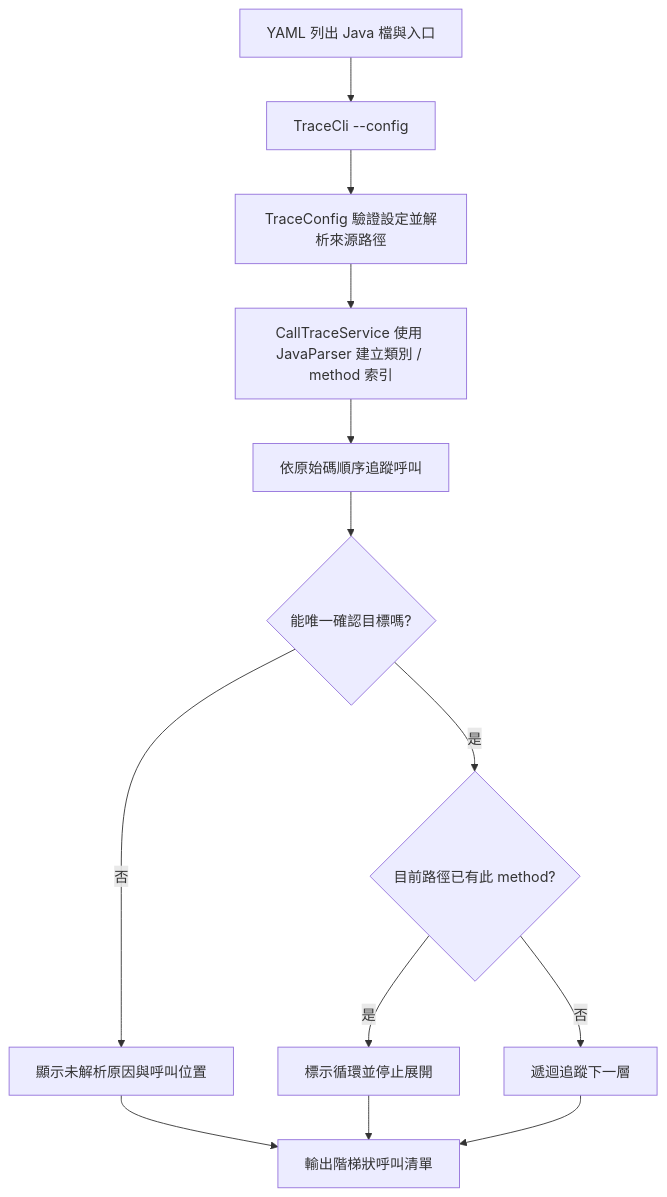
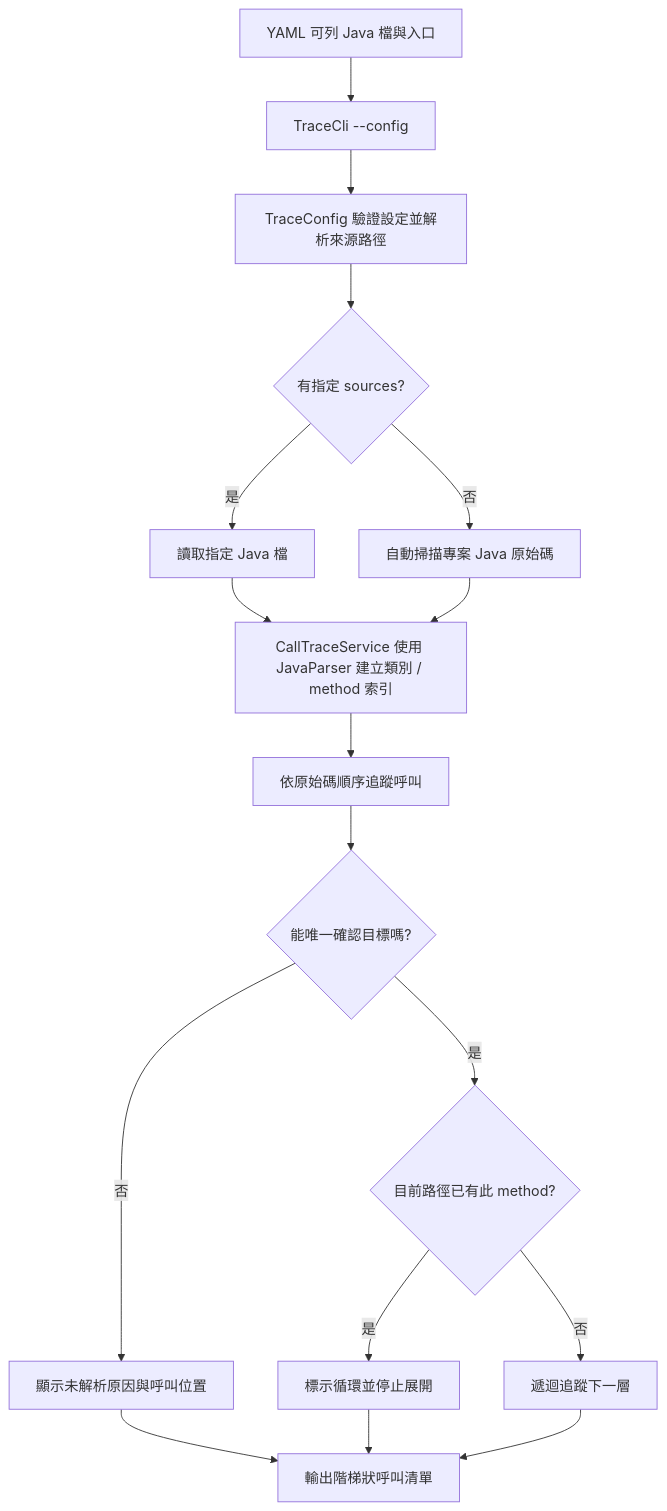
One commit to ericlight0025/JavaParser changed the diagram in README.md. Above: the diagram before and after it, drawn with Mermaid. The commit also changed other lines of this file and 3 other files, not shown here.

Commit message:
feat: auto-discover Java sources when omitted

````diff
--- a/README.md
+++ b/README.md
@@ -20,15 +20,19 @@
 ```mermaid
 flowchart TD
-    A[YAML 列出 Java 檔與入口] --> B[TraceCli --config]
+    A[YAML 可列 Java 檔與入口] --> B[TraceCli --config]
     B --> C[TraceConfig 驗證設定並解析來源路徑]
-    C --> D[CallTraceService 使用 JavaParser 建立類別 / method 索引]
-    D --> E[依原始碼順序追蹤呼叫]
-    E --> F{能唯一確認目標嗎?}
-    F -- 否 --> G[顯示未解析原因與呼叫位置]
-    F -- 是 --> H{目前路徑已有此 method?}
-    H -- 是 --> I[標示循環並停止展開]
-    H -- 否 --> J[遞迴追蹤下一層]
-    G --> K[輸出階梯狀呼叫清單]
-    I --> K
-    J --> K
+    C --> D{有指定 sources?}
+    D -- 是 --> E[讀取指定 Java 檔]
+    D -- 否 --> F[自動掃描專案 Java 原始碼]
+    E --> G[CallTraceService 使用 JavaParser 建立類別 / method 索引]
+    F --> G
+    G --> H[依原始碼順序追蹤呼叫]
+    H --> I{能唯一確認目標嗎?}
+    I -- 否 --> J[顯示未解析原因與呼叫位置]
+    I -- 是 --> K{目前路徑已有此 method?}
+    K -- 是 --> L[標示循環並停止展開]
+    K -- 否 --> M[遞迴追蹤下一層]
+    J --> N[輸出階梯狀呼叫清單]
+    L --> N
+    M --> N
 ```
````
